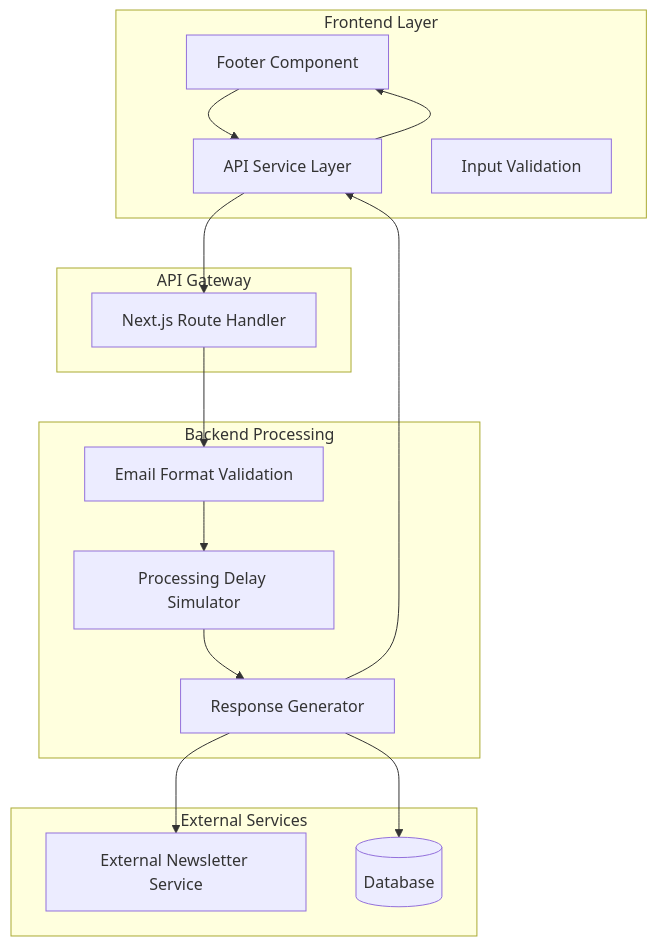
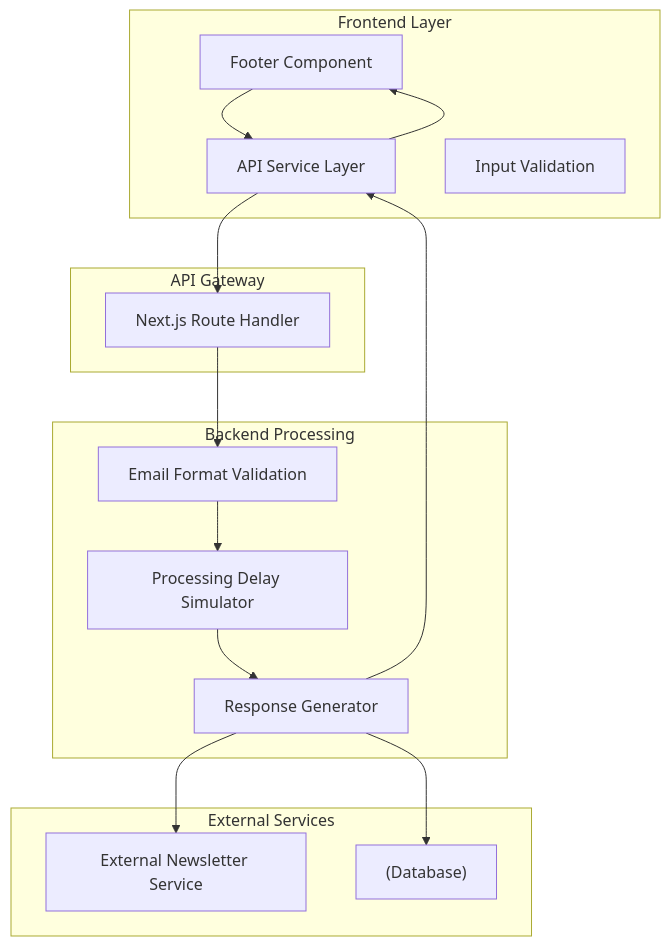
Before and after one commit to rohitkumarnaidu/ScholarFormAI: the first of 6 diagrams in docs/docs/knowledge/Backend Development/Newsletter Subscription System.md, drawn with Mermaid. The commit also changed other lines of this file and 611 other files, not shown here.

````diff
--- a/docs/docs/knowledge/Backend Development/Newsletter Subscription System.md
+++ b/docs/docs/knowledge/Backend Development/Newsletter Subscription System.md
@@ -38,29 +38,29 @@
 ```mermaid
 graph TB
 subgraph "Frontend Layer"
-UI[Footer Component]
-Service[API Service Layer]
-Validation[Input Validation]
+UI["Footer Component"]
+Service["API Service Layer"]
+Validation["Input Validation"]
 end
 subgraph "API Gateway"
-Route[Next.js Route Handler]
+Route["Next.js Route Handler"]
 end
 subgraph "Backend Processing"
-EmailValidation[Email Format Validation]
-DelaySimulator[Processing Delay Simulator]
-ResponseHandler[Response Generator]
+EmailValidation["Email Format Validation"]
+DelaySimulator["Processing Delay Simulator"]
+ResponseHandler["Response Generator"]
 end
 subgraph "External Services"
-ExternalAPI[External Newsletter Service]
-Database[(Database)]
+ExternalAPI["External Newsletter Service"]
+Database["(Database)"]
 end
 UI --> Service
 Service --> Route
 Route --> EmailValidation
 EmailValidation --> DelaySimulator
 DelaySimulator --> ResponseHandler
 ResponseHandler --> ExternalAPI
 ResponseHandler --> Database
 ResponseHandler --> Service
 Service --> UI
 ```
````
